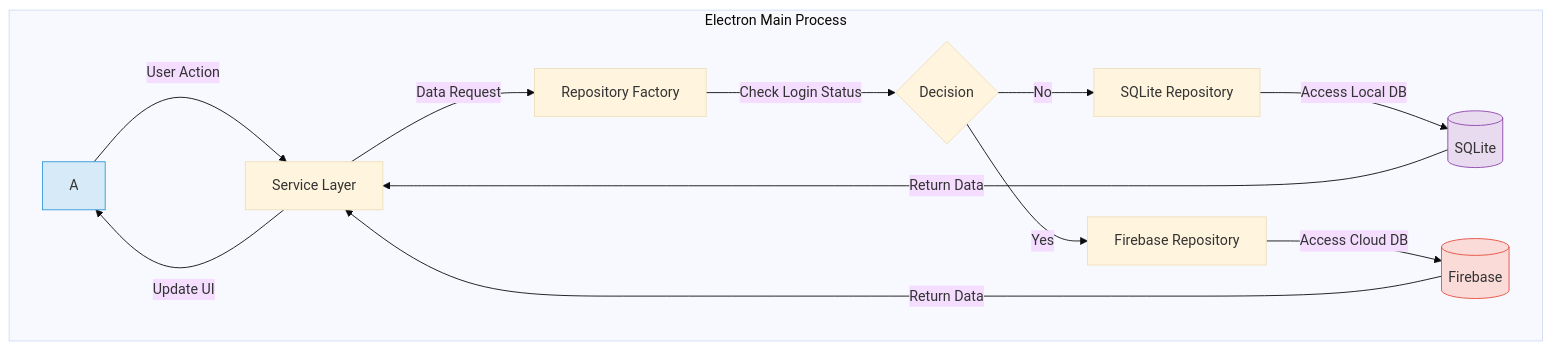
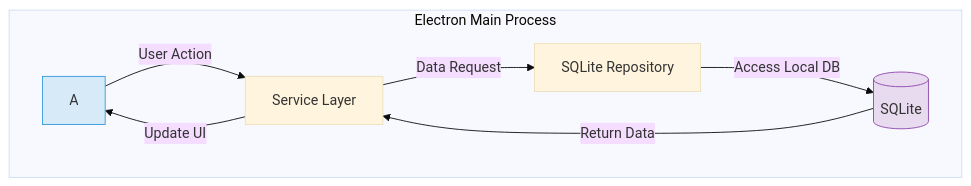
One commit to bpalagi/jarvis changed the first of 2 diagrams in DESIGN_PATTERNS.md. Above: the diagram before and after it, drawn with Mermaid (base theme). The commit also changed other lines of this file and 2 other files, not shown here.

````diff
--- a/DESIGN_PATTERNS.md
+++ b/DESIGN_PATTERNS.md
@@ -59,19 +51,13 @@
 ```mermaid
 graph TD
     subgraph "Electron Main Process"
         A -- User Action --> B[Service Layer];
-        B -- Data Request --> C[Repository Factory];
-        C -- Check Login Status --> D{Decision};
-        D -- No --> E[SQLite Repository];
-        D -- Yes --> F[Firebase Repository];
+        B -- Data Request --> E[SQLite Repository];
         E -- Access Local DB --> G[(SQLite)];
-        F -- Access Cloud DB --> H[(Firebase)];
         G -- Return Data --> B;
-        H -- Return Data --> B;
         B -- Update UI --> A;
     end
 
     style A fill:#D6EAF8,stroke:#3498DB
     style G fill:#E8DAEF,stroke:#8E44AD
-    style H fill:#FADBD8,stroke:#E74C3C
 ```
````
